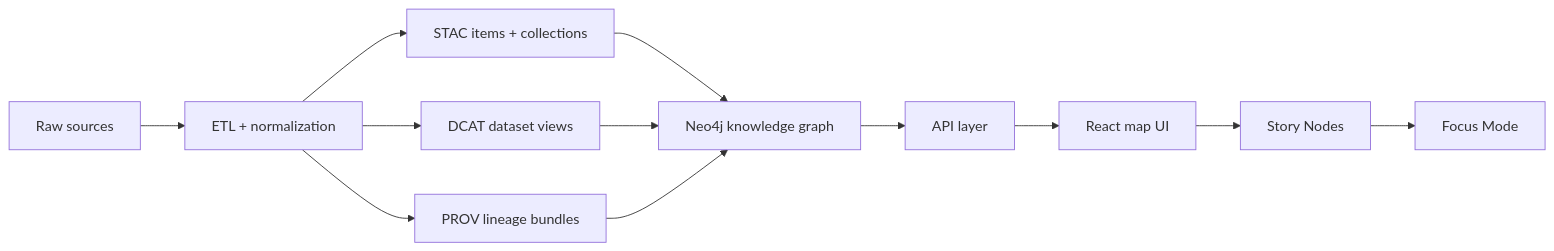
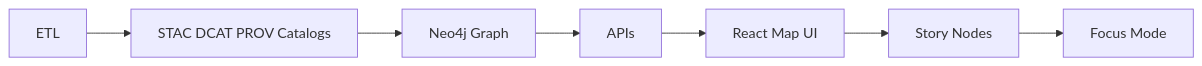
One commit to bartytime4life/Kansas-Frontier-Matrix changed the diagram in README.md. Above: the diagram before and after it, drawn with Mermaid. The commit also changed other lines of this file, not shown here.

```diff
--- a/README.md
+++ b/README.md
@@ -192,14 +86,9 @@
 ~~~mermaid
 flowchart LR
-  A[Raw sources] --> B[ETL + normalization]
-  B --> C[STAC items + collections]
-  B --> D[DCAT dataset views]
-  B --> E[PROV lineage bundles]
-  C --> F[Neo4j knowledge graph]
-  D --> F
-  E --> F
-  F --> G[API layer]
-  G --> H[React map UI]
-  H --> I[Story Nodes]
-  I --> J[Focus Mode]
+  A[ETL] --> B[STAC DCAT PROV Catalogs]
+  B --> C[Neo4j Graph]
+  C --> D[APIs]
+  D --> E[React Map UI]
+  E --> F[Story Nodes]
+  F --> G[Focus Mode]
 ~~~
```
